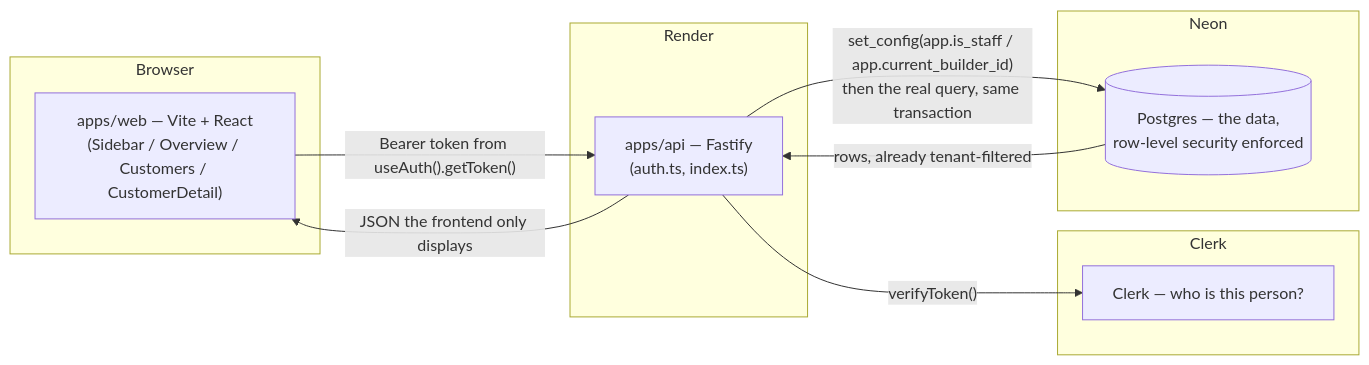
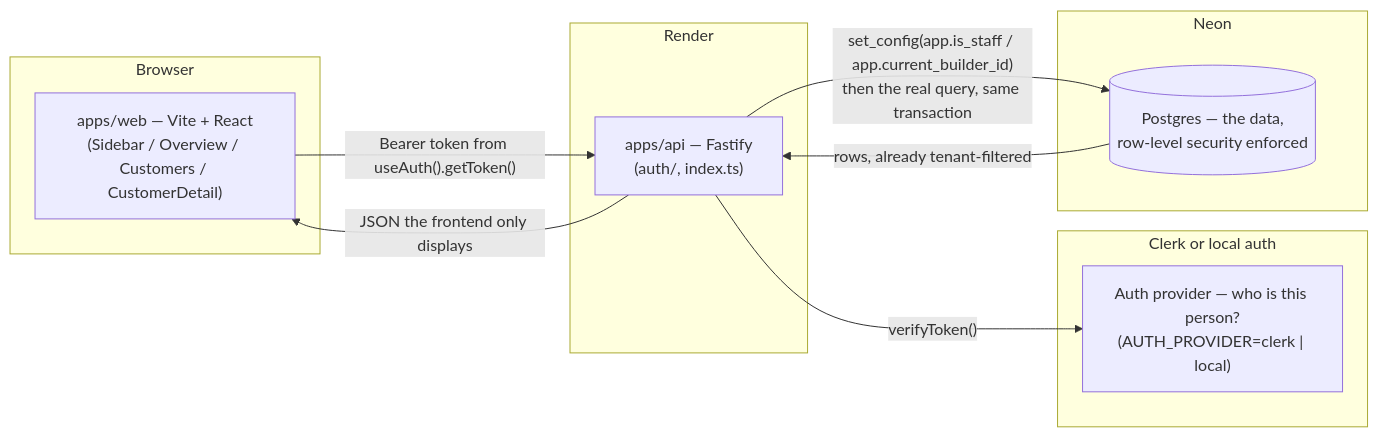
The first of 5 diagrams in docs/TECHNICAL_DOCUMENTATION.md (perfectsolutionsinquiry-spec/PS_MIS-App), drawn with Mermaid before and after one commit. The commit also changed other lines of this file and 31 other files, not shown here.

First line of the commit message:
Replace Clerk with a swappable auth provider seam

````diff
--- a/docs/TECHNICAL_DOCUMENTATION.md
+++ b/docs/TECHNICAL_DOCUMENTATION.md
@@ -156,21 +156,21 @@
 ```mermaid
 flowchart LR
     subgraph Browser
         FE["apps/web — Vite + React<br/>(Sidebar / Overview / Customers / CustomerDetail)"]
     end
     subgraph Render
-        API["apps/api — Fastify<br/>(auth.ts, index.ts)"]
+        API["apps/api — Fastify<br/>(auth/, index.ts)"]
     end
-    subgraph Clerk
-        CL["Clerk — who is this person?"]
+    subgraph Clerk or local auth
+        CL["Auth provider — who is this person?<br/>(AUTH_PROVIDER=clerk | local)"]
     end
     subgraph Neon
         DB[("Postgres — the data,<br/>row-level security enforced")]
     end
 
     FE -- "Bearer token from useAuth().getToken()" --> API
     API -- "verifyToken()" --> CL
     API -- "set_config(app.is_staff / app.current_builder_id)<br/>then the real query, same transaction" --> DB
     DB -- rows, already tenant-filtered --> API
     API -- "JSON the frontend only displays" --> FE
 ```
````
